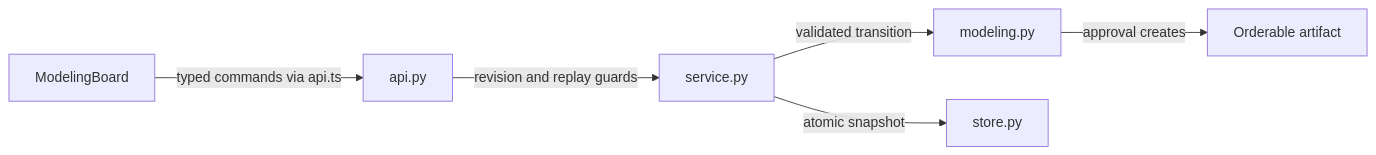
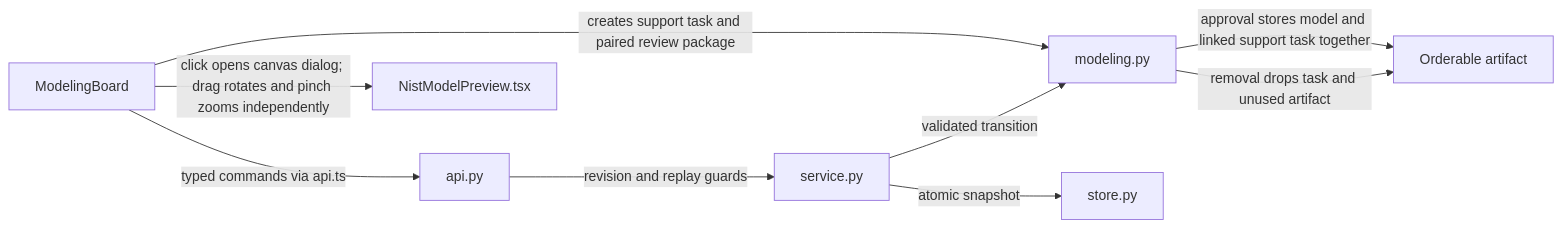
Before and after one commit to DuztyMusketear/Print_Assist: the second of 3 diagrams in docs/code-map.md, drawn with Mermaid. The commit also changed other lines of this file and 19 other files, not shown here.

Commit message:
Add linked support assessment and review workflow

````diff
--- a/docs/code-map.md
+++ b/docs/code-map.md
@@ -96,8 +106,11 @@
 ```mermaid
 graph LR
   Board[ModelingBoard] -->|typed commands via api.ts| API[api.py]
+  Board -->|creates support task and paired review package| Modeling[modeling.py]
+  Board -->|click opens canvas dialog; drag rotates and pinch zooms independently| Preview[NistModelPreview.tsx]
   API -->|revision and replay guards| Service[service.py]
-  Service -->|validated transition| Modeling[modeling.py]
-  Modeling -->|approval creates| Artifact[Orderable artifact]
+  Service -->|validated transition| Modeling
+  Modeling -->|approval stores model and linked support task together| Artifact[Orderable artifact]
+  Modeling -->|removal drops task and unused artifact| Artifact
   Service -->|atomic snapshot| SQLite[store.py]
 ```
````
